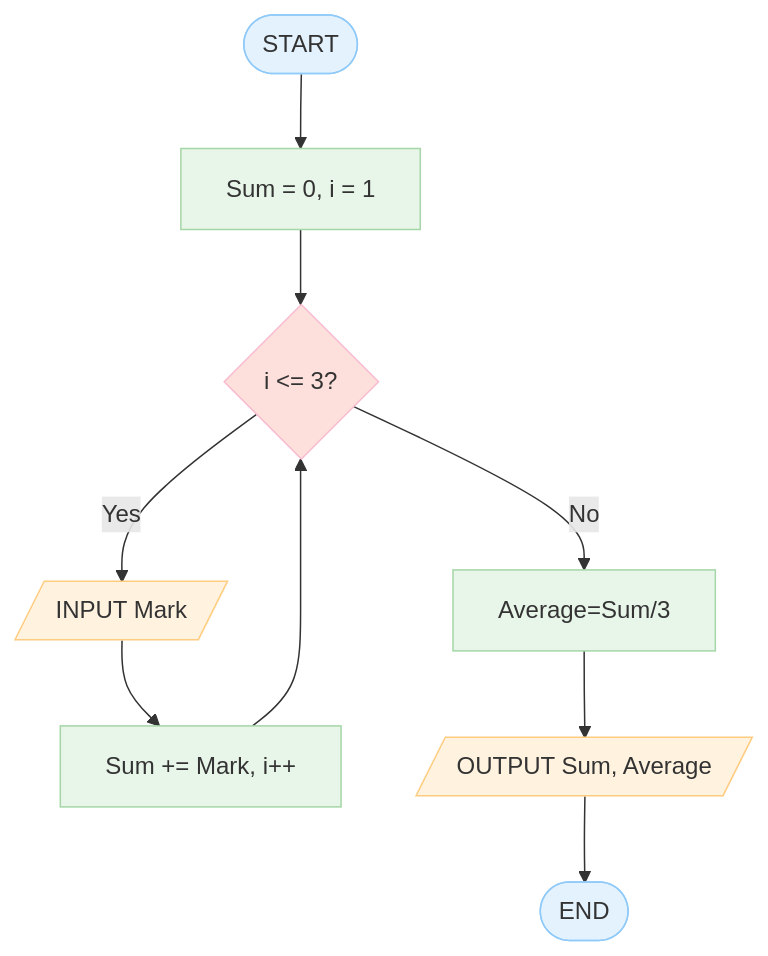
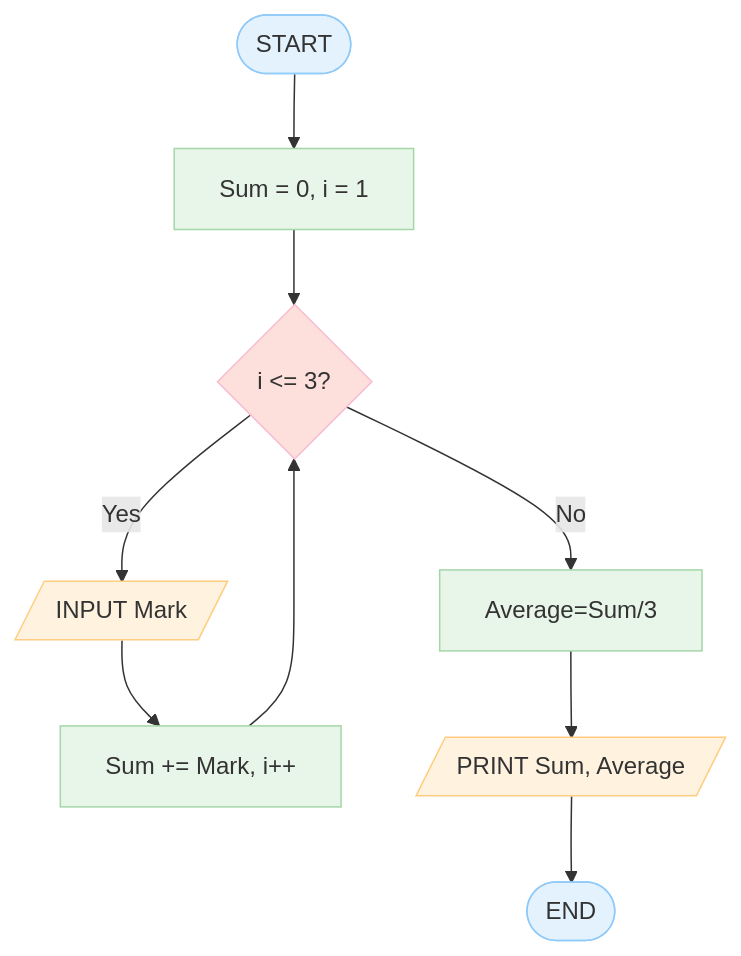
The second of 4 diagrams in Algorithm-Flowchart-Workshop.md (IsaVII/2_Alogritm-Flowchart), drawn with Mermaid before and after one commit. The commit also changed other lines of this file, not shown here.

````diff
--- a/Algorithm-Flowchart-Workshop.md
+++ b/Algorithm-Flowchart-Workshop.md
@@ -81,22 +81,22 @@
 ```mermaid
 flowchart TD
     A([START]):::term-->
     B[Sum = 0, i = 1]:::proc
     B --> C{i <= 3?}:::dec
     C --> |Yes| D[/INPUT Mark/]:::io
     D --> E[Sum += Mark, i++]:::proc
     E --> C
     
     C --> |No| F[Average=Sum/3]:::proc
-    F --> G[/OUTPUT Sum, Average/]:::io
+    F --> G[/PRINT Sum, Average/]:::io
     G-->H([END]):::term
   
   classDef term fill:#e3f2fd,stroke:#90caf9,color:#333,stroke-width:1px;
   classDef io fill:#fff3e0,stroke:#ffcc80,color:#333,stroke-width:1px;
   classDef proc fill:#e8f5e9,stroke:#a5d6a7,color:#333,stroke-width:1px;
   classDef dec fill:#fde0dc,stroke:#f8bbd0,color:#333,stroke-width:1px;
   classDef pre fill:#ede7f6,stroke:#b39ddb,color:#333,stroke-width:1px;
   classDef conn fill:#f5f5f5,stroke:#bdbdbd,color:#333,stroke-width:1px;
   classDef hide fill:none,stroke:none,color:none;
   classDef label fill:none,stroke:none,color:#333,text-align:center;
 ```
````
